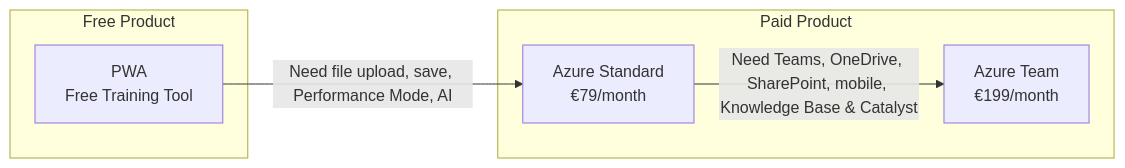
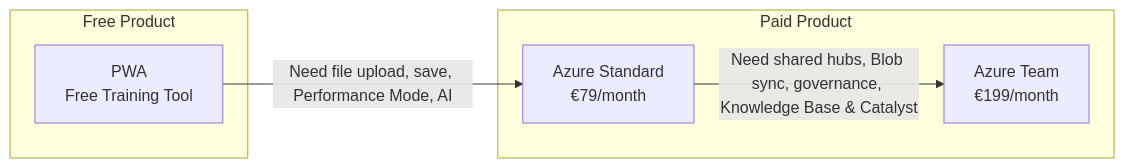
Before and after one commit to jukka-matti/variscout: the diagram in docs/08-products/index.md, drawn with Mermaid. The commit also changed other lines of this file and 41 other files, not shown here.

````diff
--- a/docs/08-products/index.md
+++ b/docs/08-products/index.md
@@ -20,14 +20,14 @@
 ```mermaid
 flowchart LR
     subgraph Paid["Paid Product"]
         A1[Azure Standard<br/>€79/month]
         A2[Azure Team<br/>€199/month]
     end
 
     subgraph Free["Free Product"]
         C[PWA<br/>Free Training Tool]
     end
 
     C -->|"Need file upload, save, Performance Mode, AI"| A1
-    A1 -->|"Need Teams, OneDrive, SharePoint, mobile, Knowledge Base & Catalyst"| A2
+    A1 -->|"Need shared hubs, Blob sync, governance, Knowledge Base & Catalyst"| A2
 ```
````
